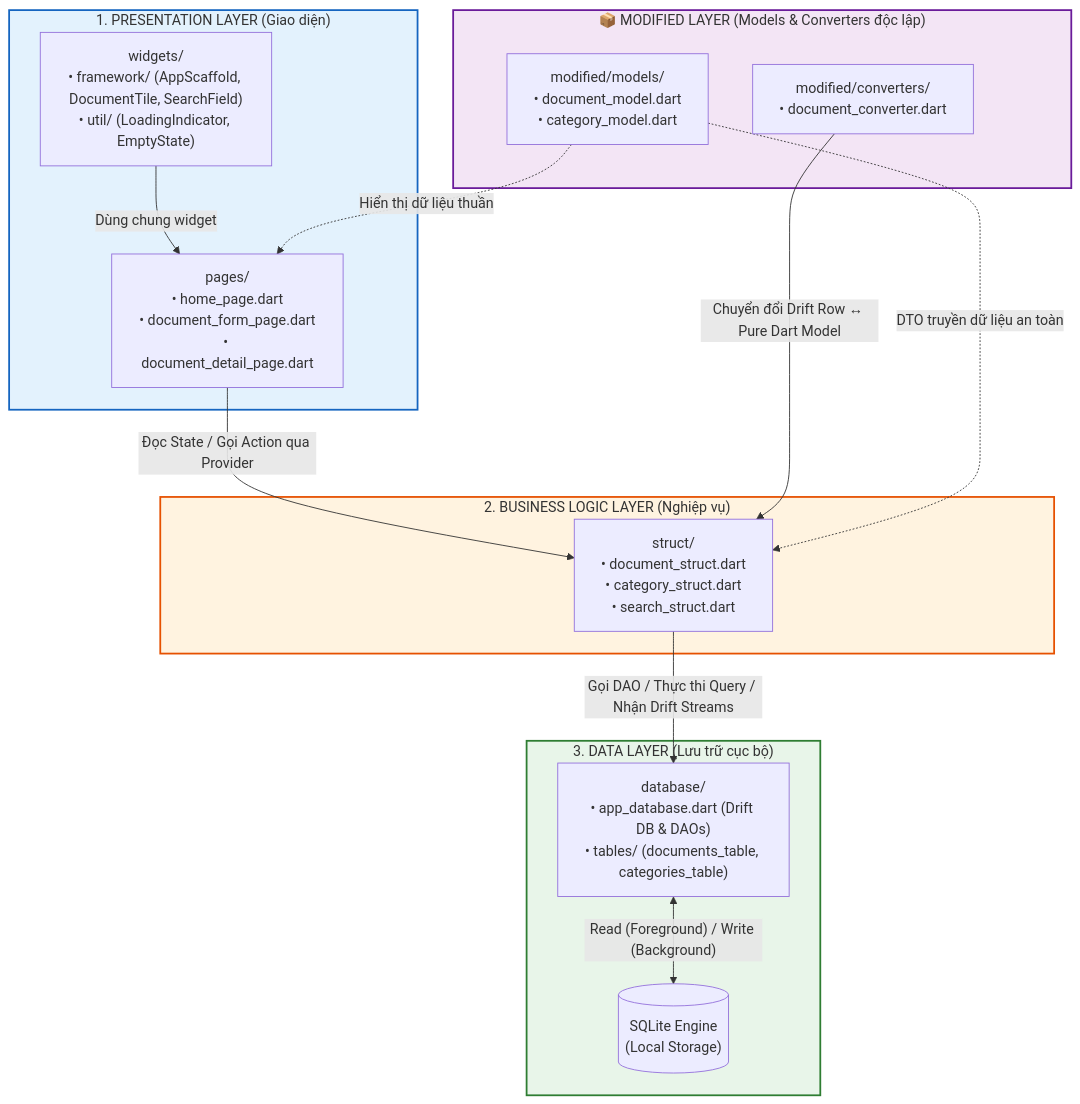
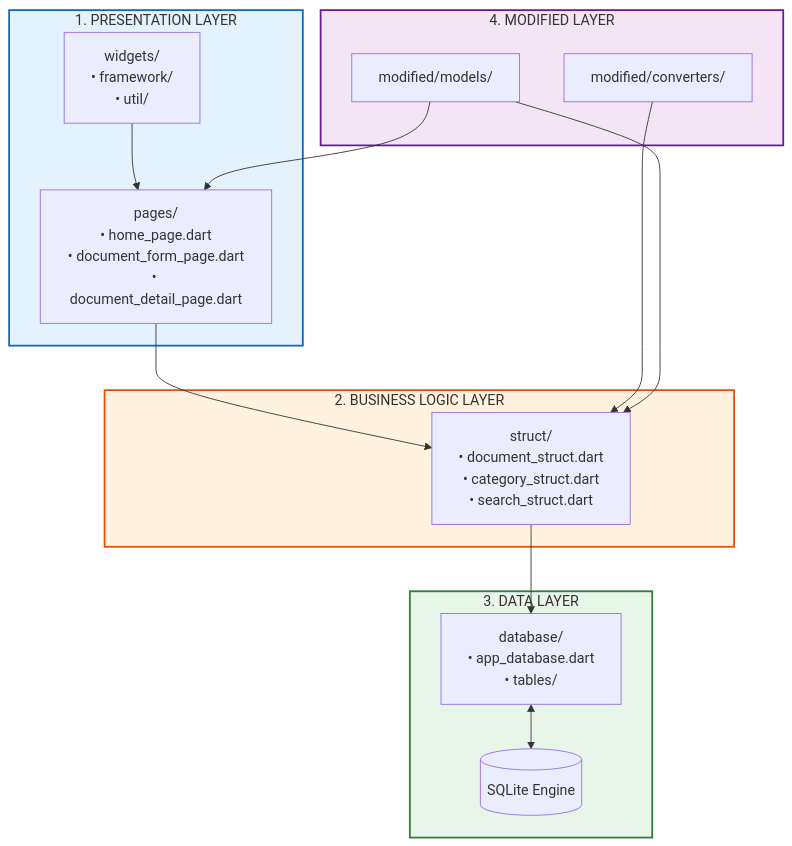
One commit to trggg2185/Study-Docs-Group6 changed the first of 4 diagrams in README.md. Above: the diagram before and after it, drawn with Mermaid. The commit also changed other lines of this file, not shown here.

````diff
--- a/README.md
+++ b/README.md
@@ -11,37 +41,34 @@
 ```mermaid
 graph TD
-    subgraph T1["1. PRESENTATION LAYER (Giao diện)"]
+    subgraph T1["1. PRESENTATION LAYER"]
         UI_Pages["pages/<br/>• home_page.dart<br/>• document_form_page.dart<br/>• document_detail_page.dart"]
-        UI_Widgets["widgets/<br/>• framework/ (AppScaffold, DocumentTile, SearchField)<br/>• util/ (LoadingIndicator, EmptyState)"]
+        UI_Widgets["widgets/<br/>• framework/<br/>• util/"]
     end
 
-    subgraph T2["2. BUSINESS LOGIC LAYER (Nghiệp vụ)"]
+    subgraph T2["2. BUSINESS LOGIC LAYER"]
         Struct["struct/<br/>• document_struct.dart<br/>• category_struct.dart<br/>• search_struct.dart"]
     end
 
-    subgraph T3["3. DATA LAYER (Lưu trữ cục bộ)"]
-        Database["database/<br/>• app_database.dart (Drift DB & DAOs)<br/>• tables/ (documents_table, categories_table)"]
-        SQLite[("SQLite Engine<br/>(Local Storage)")]
+    subgraph T3["3. DATA LAYER"]
+        Database["database/<br/>• app_database.dart<br/>• tables/"]
+        SQLite[("SQLite Engine")]
     end
 
-    subgraph T4["📦 MODIFIED LAYER (Models & Converters độc lập)"]
-        Models["modified/models/<br/>• document_model.dart<br/>• category_model.dart"]
-        Converters["modified/converters/<br/>• document_converter.dart"]
+    subgraph T4["4. MODIFIED LAYER"]
+        Models["modified/models/"]
+        Converters["modified/converters/"]
     end
 
-    %% Tương tác giữa các tầng
-    UI_Pages -->|"Đọc State / Gọi Action qua Provider"| Struct
-    UI_Widgets -->|"Dùng chung widget"| UI_Pages
-    Struct -->|"Gọi DAO / Thực thi Query / Nhận Drift Streams"| Database
-    Database <-->|"Read (Foreground) / Write (Background)"| SQLite
-
-    %% Quan hệ với Modified Layer
-    Converters -->|"Chuyển đổi Drift Row ↔ Pure Dart Model"| Struct
-    Models -.->|"DTO truyền dữ liệu an toàn"| Struct
-    Models -.->|"Hiển thị dữ liệu thuần"| UI_Pages
+    UI_Pages --> Struct
+    UI_Widgets --> UI_Pages
+    Struct --> Database
+    Database <--> SQLite
+    Converters --> Struct
+    Models --> Struct
+    Models --> UI_Pages
 
     style T1 fill:#E3F2FD,stroke:#1565C0,stroke-width:2px;
     style T2 fill:#FFF3E0,stroke:#E65100,stroke-width:2px;
     style T3 fill:#E8F5E9,stroke:#2E7D32,stroke-width:2px;
     style T4 fill:#F3E5F5,stroke:#6A1B9A,stroke-width:2px;
 ```
````
